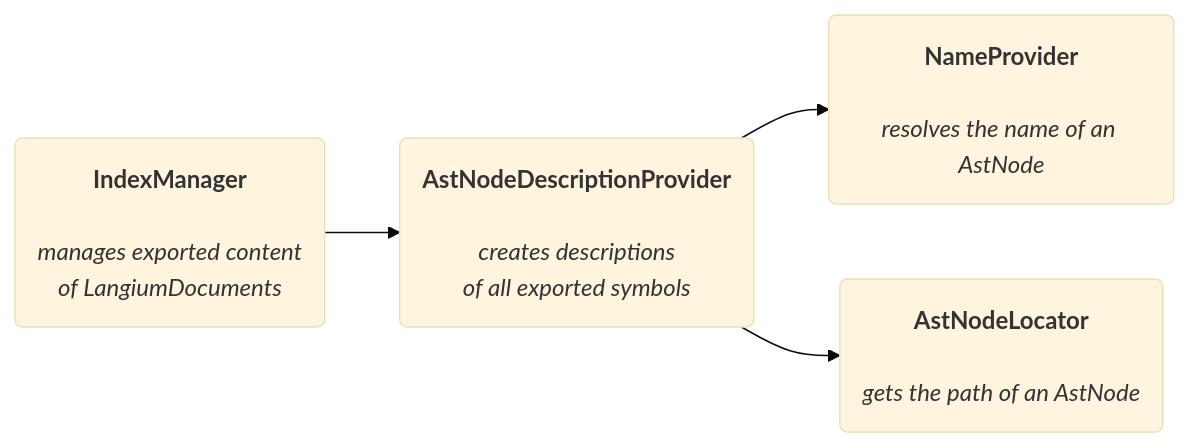
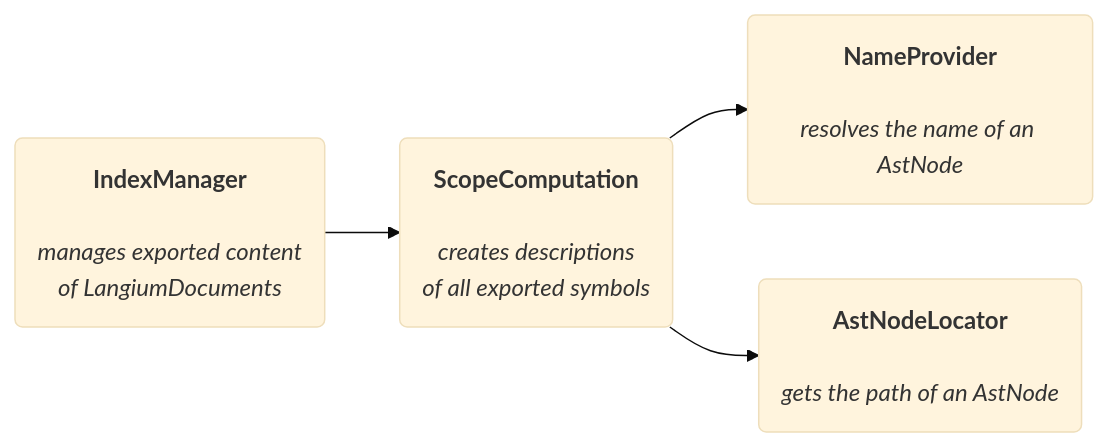
One commit to eclipse-langium/langium-website changed the third of 7 diagrams in hugo/content/docs/document-lifecycle.md. Above: the diagram before and after it, drawn with Mermaid (base theme). The commit also changed other lines of this file, not shown here.

```diff
--- a/hugo/content/docs/document-lifecycle.md
+++ b/hugo/content/docs/document-lifecycle.md
@@ -61,6 +61,6 @@
 {{<mermaid>}}
 graph LR;
-A(<b>IndexManager</b><br><br><i>manages exported content<br>of LangiumDocuments</i>) --> B(<b>AstNodeDescriptionProvider</b><br><br><i>creates descriptions<br>of all exported symbols</i>)
+A(<b>IndexManager</b><br><br><i>manages exported content<br>of LangiumDocuments</i>) --> B(<b>ScopeComputation</b><br><br><i>creates descriptions<br>of all exported symbols</i>)
 B --> C(<b>NameProvider</b><br><br><i>resolves the name of an AstNode</i>)
 B --> D(<b>AstNodeLocator</b><br><br><i>gets the path of an AstNode</i>)
 {{</mermaid>}}
```
